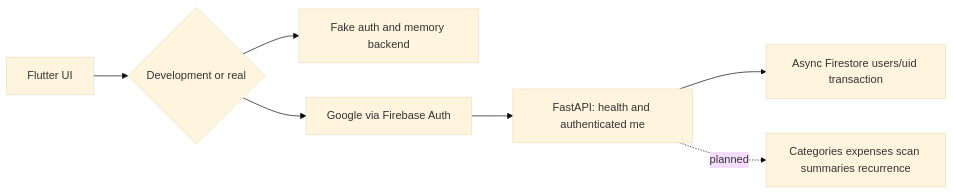
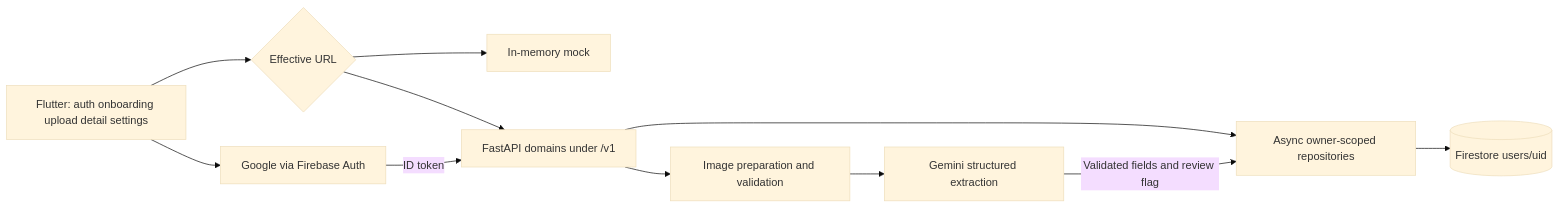
The diagram in _Wiki/engineering/architecture.md (maxgit2/Hacktoberfest26-bAIdget), drawn with Mermaid (base theme) before and after one commit. The commit also changed other lines of this file and 27 other files, not shown here.

````diff
--- a/_Wiki/engineering/architecture.md
+++ b/_Wiki/engineering/architecture.md
@@ -19,9 +19,13 @@
 ```mermaid
 flowchart LR
-    UI[Flutter UI] --> Mode{Development or real}
-    Mode --> Mock[Fake auth and memory backend]
-    Mode --> Auth[Google via Firebase Auth]
-    Auth --> API[FastAPI: health and authenticated me]
-    API --> FS[Async Firestore users/uid transaction]
-    API -. planned .-> Future[Categories expenses scan summaries recurrence]
+    UI[Flutter: auth onboarding upload detail settings] --> Mode{Effective URL}
+    Mode --> Mock[In-memory mock]
+    Mode --> API[FastAPI domains under /v1]
+    UI --> Auth[Google via Firebase Auth]
+    Auth -->|ID token| API
+    API --> Repo[Async owner-scoped repositories]
+    Repo --> FS[(Firestore users/uid)]
+    API --> Image[Image preparation and validation]
+    Image --> LLM[Gemini structured extraction]
+    LLM -->|Validated fields and review flag| Repo
 ```
````
